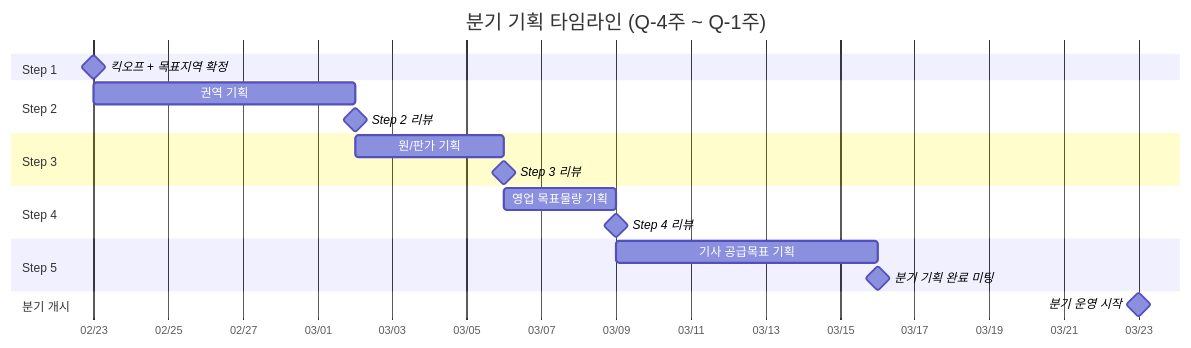
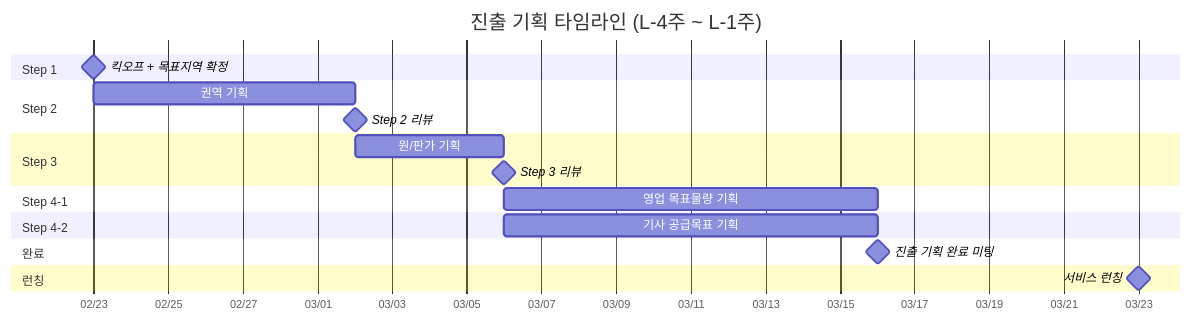
Before and after one commit to Jae-Hyoung-an/ai-staff: the second of 2 diagrams in projects/260324_신사업_운영_sop/신사업_운영_sop.md, drawn with Mermaid. The commit also changed other lines of this file, not shown here.

First line of the commit message:
update: SOP v0.5 - Sales First, 4-1/4-2 parallel, launch-based, S&OP separation, detailed flowchart

````diff
--- a/projects/260324_신사업_운영_sop/신사업_운영_sop.md
+++ b/projects/260324_신사업_운영_sop/신사업_운영_sop.md
@@ -525,28 +512,29 @@
 ```mermaid
 gantt
-    title 분기 기획 타임라인 (Q-4주 ~ Q-1주)
+    title 진출 기획 타임라인 (L-4주 ~ L-1주)
     dateFormat YYYY-MM-DD
     axisFormat %m/%d
 
     section Step 1
     킥오프 + 목표지역 확정      :milestone, m1, 2026-02-23, 0d
 
     section Step 2
     권역 기획                  :s2, 2026-02-23, 7d
     Step 2 리뷰               :milestone, m3, after s2, 0d
 
     section Step 3
     원/판가 기획               :s3, after s2, 4d
     Step 3 리뷰               :milestone, m4, after s3, 0d
 
-    section Step 4
-    영업 목표물량 기획          :s4, after s3, 3d
-    Step 4 리뷰               :milestone, m5, after s4, 0d
+    section Step 4-1
+    영업 목표물량 기획          :s4a, after s3, 10d
 
-    section Step 5
-    기사 공급목표 기획          :s5, after s4, 7d
-    분기 기획 완료 미팅         :milestone, m6, after s5, 0d
+    section Step 4-2
+    기사 공급목표 기획          :s4b, after s3, 10d
 
-    section 분기 개시
-    분기 운영 시작              :milestone, m7, 2026-03-23, 0d
+    section 완료
+    진출 기획 완료 미팅         :milestone, m6, after s4a, 0d
+
+    section 런칭
+    서비스 런칭                :milestone, m7, 2026-03-23, 0d
 ```
````
